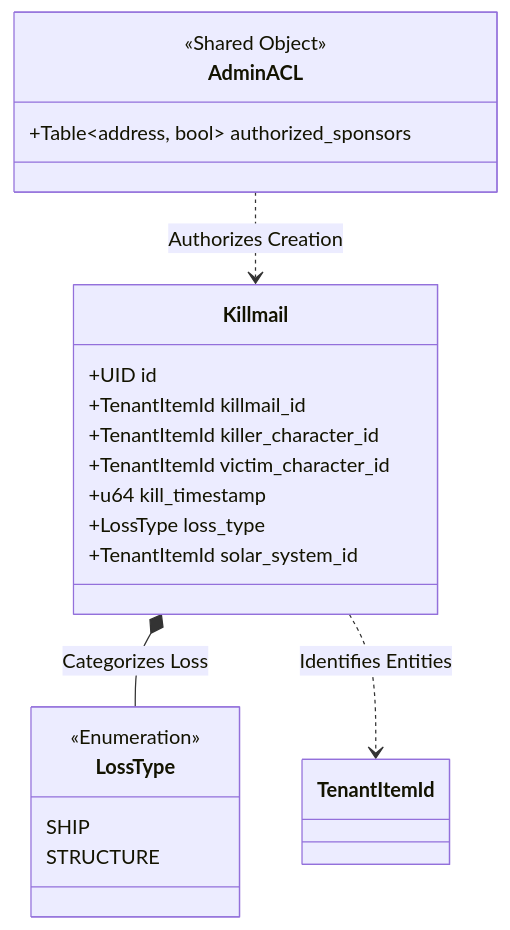
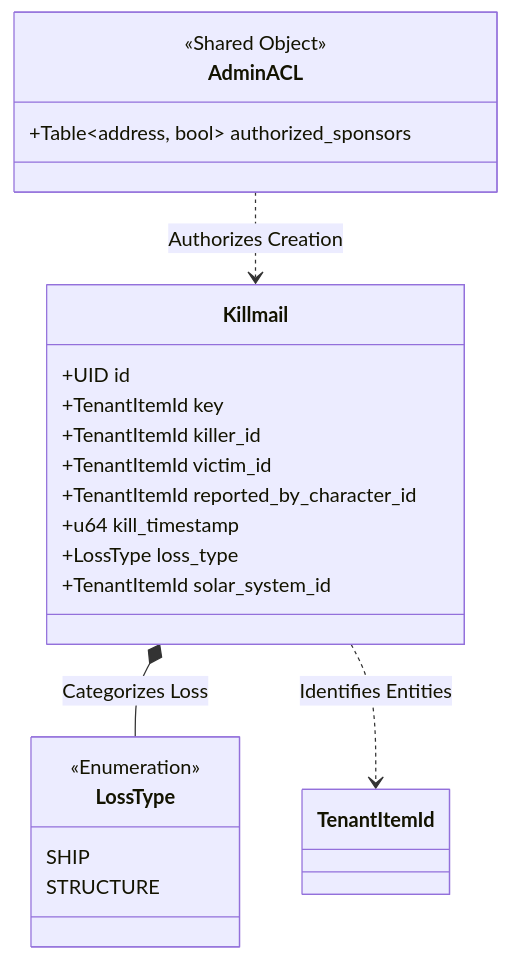
Before and after one commit to Scetrov/frontier.scetrov.live: the first of 2 diagrams in content/develop/world-contracts/entities/killmail/killmail.move.md, drawn with Mermaid. The commit also changed other lines of this file and 13 other files, not shown here.

````diff
--- a/content/develop/world-contracts/entities/killmail/killmail.move.md
+++ b/content/develop/world-contracts/entities/killmail/killmail.move.md
@@ -35,26 +35,27 @@
 ```mermaid
 classDiagram
     class Killmail {
         +UID id
-        +TenantItemId killmail_id
-        +TenantItemId killer_character_id
-        +TenantItemId victim_character_id
+        +TenantItemId key
+        +TenantItemId killer_id
+        +TenantItemId victim_id
+        +TenantItemId reported_by_character_id
         +u64 kill_timestamp
         +LossType loss_type
         +TenantItemId solar_system_id
     }
     class LossType {
         <<Enumeration>>
         SHIP
         STRUCTURE
     }
     class AdminACL {
         <<Shared Object>>
         +Table~address, bool~ authorized_sponsors
     }
 
     Killmail *-- LossType : Categorizes Loss
     AdminACL ..> Killmail : Authorizes Creation
     Killmail ..> TenantItemId : Identifies Entities
 
 ```
````
